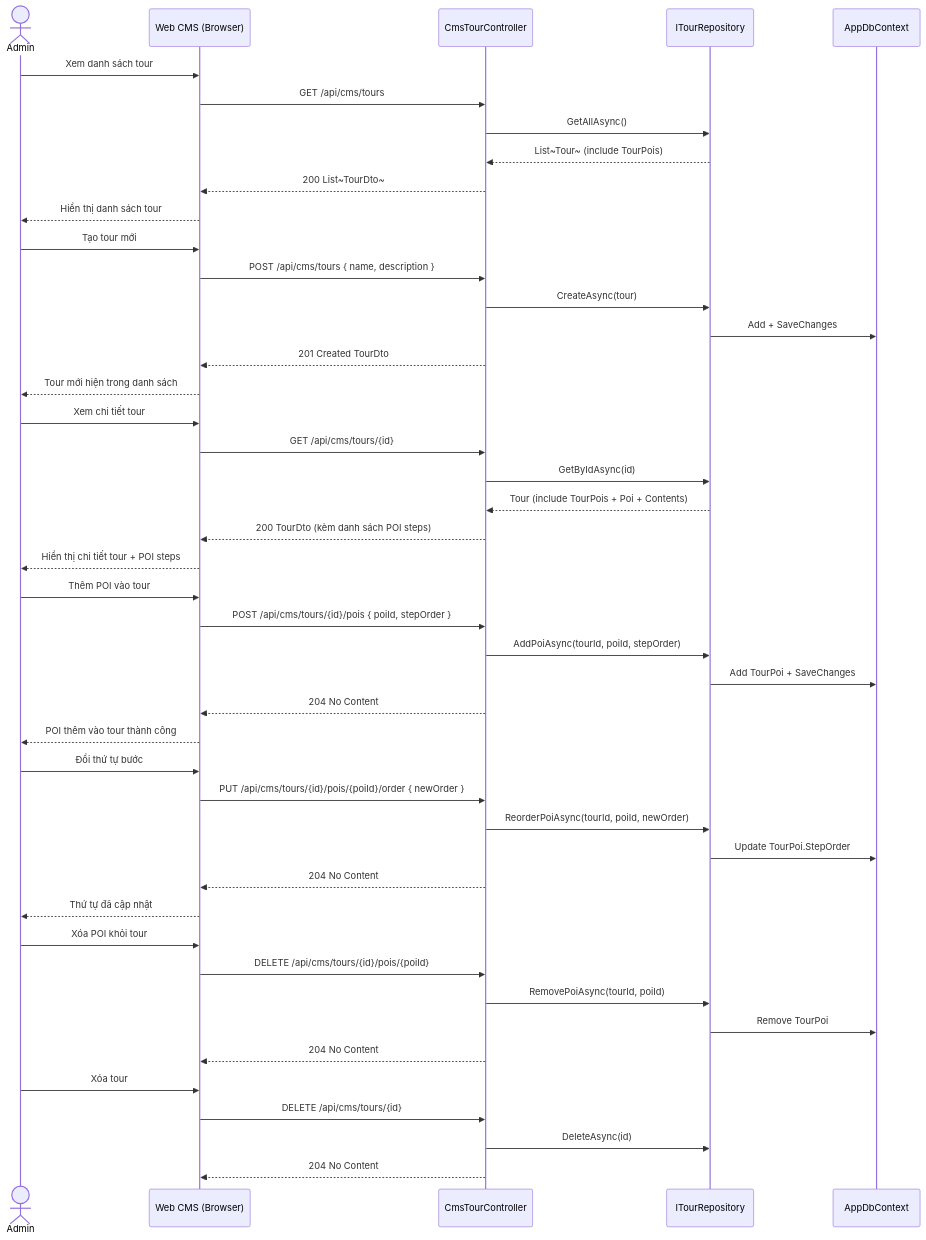
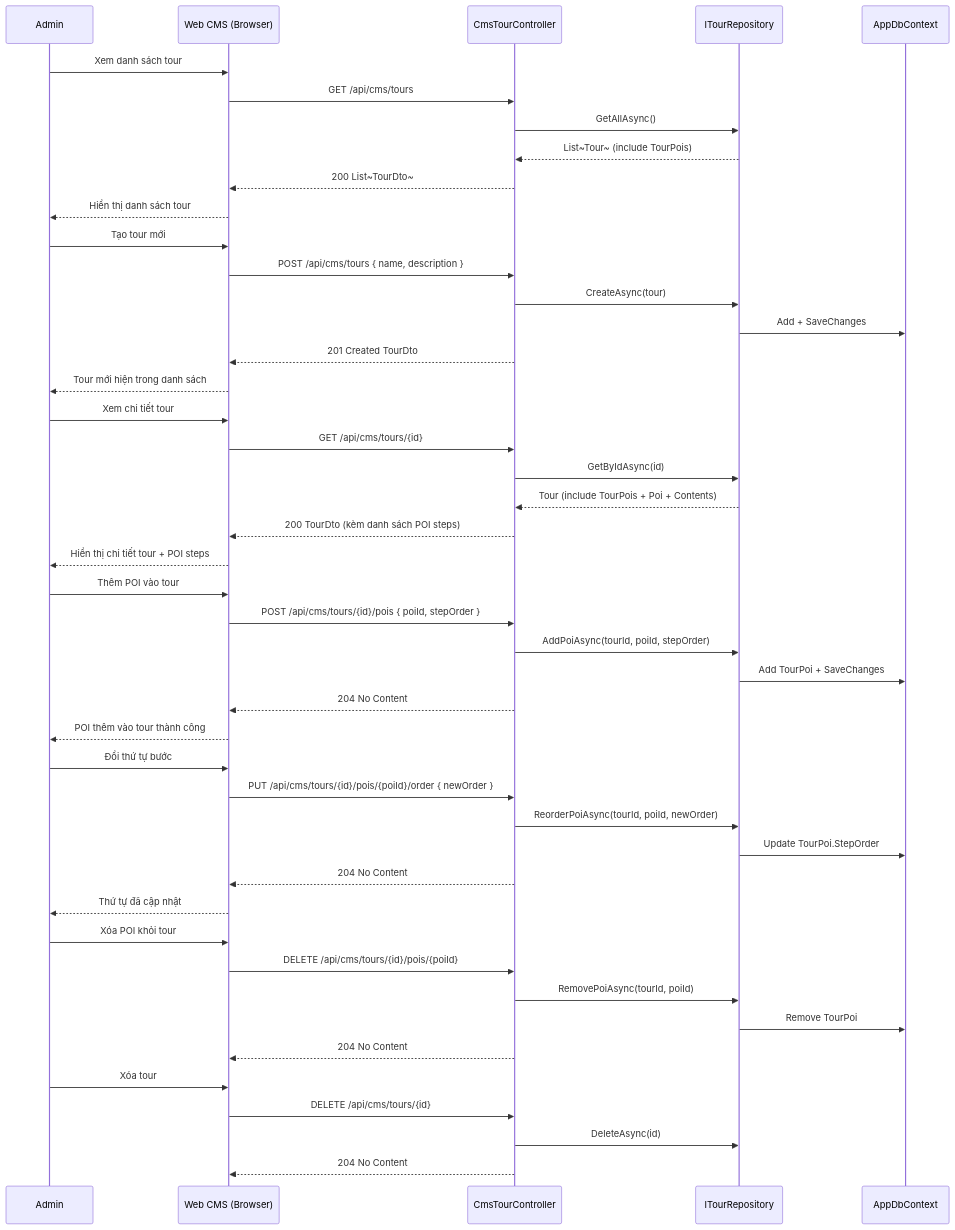
One commit to AudioGo-Project/AudioGo changed diagram 28 of 47 in PRD.md. Above: the diagram before and after it, drawn with Mermaid. The commit also changed other lines of this file, not shown here.

````diff
--- a/PRD.md
+++ b/PRD.md
@@ -1624,54 +2197,54 @@
 ```mermaid
 sequenceDiagram
-    actor Admin
+    participant Admin
     participant CMS as Web CMS (Browser)
     participant TourCtrl as CmsTourController
     participant Repo as ITourRepository
     participant DB as AppDbContext
 
     Admin ->> CMS: Xem danh sách tour
     CMS ->> TourCtrl: GET /api/cms/tours
     TourCtrl ->> Repo: GetAllAsync()
     Repo -->> TourCtrl: List~Tour~ (include TourPois)
     TourCtrl -->> CMS: 200 List~TourDto~
     CMS -->> Admin: Hiển thị danh sách tour
 
     Admin ->> CMS: Tạo tour mới
     CMS ->> TourCtrl: POST /api/cms/tours { name, description }
     TourCtrl ->> Repo: CreateAsync(tour)
     Repo ->> DB: Add + SaveChanges
     TourCtrl -->> CMS: 201 Created TourDto
     CMS -->> Admin: Tour mới hiện trong danh sách
 
     Admin ->> CMS: Xem chi tiết tour
     CMS ->> TourCtrl: GET /api/cms/tours/{id}
     TourCtrl ->> Repo: GetByIdAsync(id)
     Repo -->> TourCtrl: Tour (include TourPois + Poi + Contents)
     TourCtrl -->> CMS: 200 TourDto (kèm danh sách POI steps)
     CMS -->> Admin: Hiển thị chi tiết tour + POI steps
 
     Admin ->> CMS: Thêm POI vào tour
     CMS ->> TourCtrl: POST /api/cms/tours/{id}/pois { poiId, stepOrder }
     TourCtrl ->> Repo: AddPoiAsync(tourId, poiId, stepOrder)
     Repo ->> DB: Add TourPoi + SaveChanges
     TourCtrl -->> CMS: 204 No Content
     CMS -->> Admin: POI thêm vào tour thành công
 
     Admin ->> CMS: Đổi thứ tự bước
     CMS ->> TourCtrl: PUT /api/cms/tours/{id}/pois/{poiId}/order { newOrder }
     TourCtrl ->> Repo: ReorderPoiAsync(tourId, poiId, newOrder)
     Repo ->> DB: Update TourPoi.StepOrder
     TourCtrl -->> CMS: 204 No Content
     CMS -->> Admin: Thứ tự đã cập nhật
 
     Admin ->> CMS: Xóa POI khỏi tour
     CMS ->> TourCtrl: DELETE /api/cms/tours/{id}/pois/{poiId}
     TourCtrl ->> Repo: RemovePoiAsync(tourId, poiId)
     Repo ->> DB: Remove TourPoi
     TourCtrl -->> CMS: 204 No Content
 
     Admin ->> CMS: Xóa tour
     CMS ->> TourCtrl: DELETE /api/cms/tours/{id}
     TourCtrl ->> Repo: DeleteAsync(id)
     TourCtrl -->> CMS: 204 No Content
 ```
````
